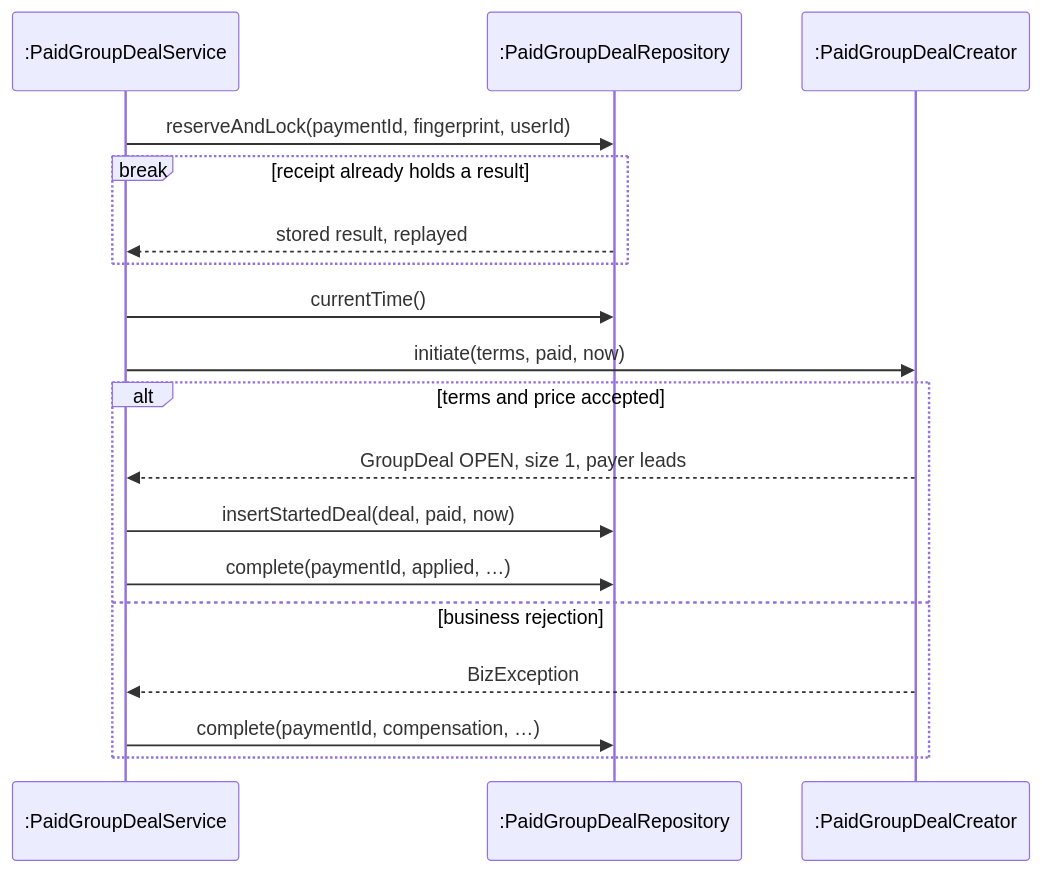
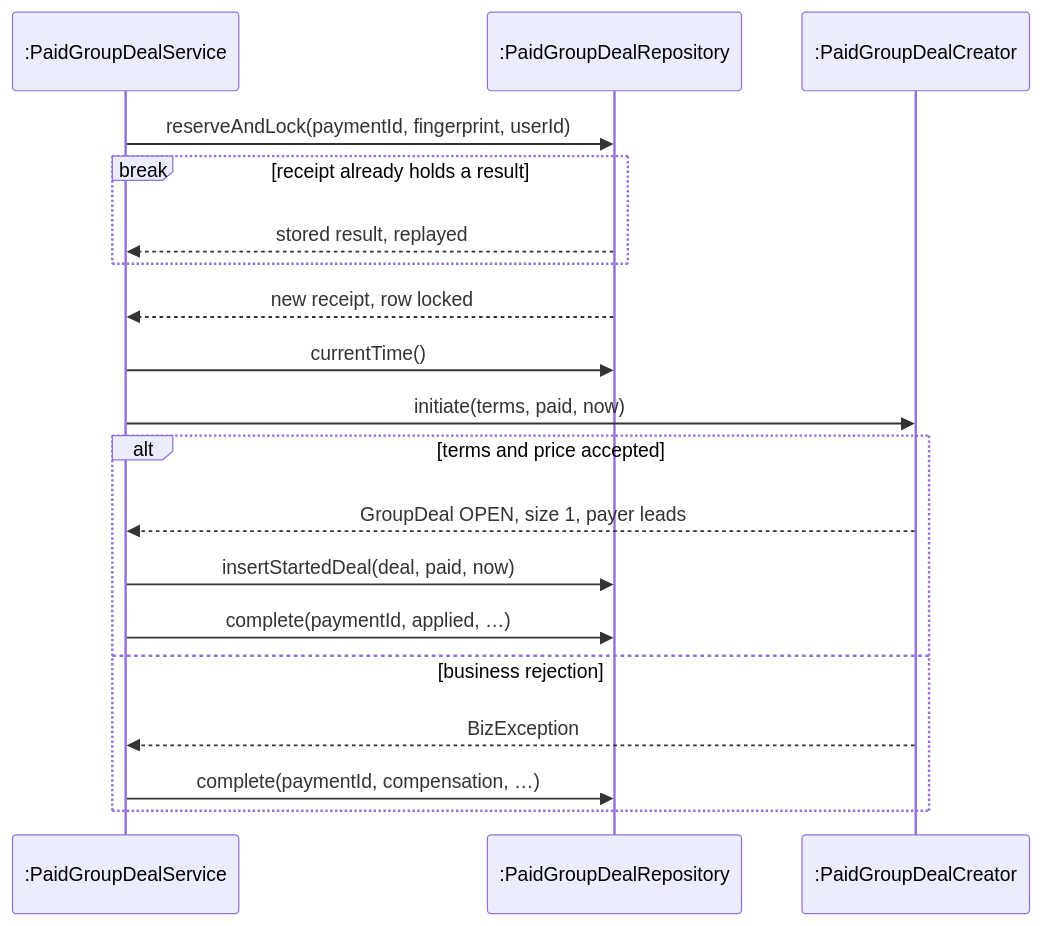
One commit to PPsyrius/iss-groupbuy-team8 changed the tenth of 13 diagrams in docs/swe5006/report/sections/03-4-1-eric.md. Above: the diagram before and after it, drawn with Mermaid.

Commit message:
docs(report): Figure 3.45 draws the repository's reply with the new receipt after the replay break at 3.4.1 D (#463) [owner: Eric]
The figure showed only the replayed result inside the break. After the
break the renderer reopened the repository's bar for reserveAndLock and
closed it at once, so an empty box sat before currentTime(). The figure
now adds the reply that the non-replay path receives: a new receipt,
with the row locked.

reserveAndLock returns a ParticipationReceipt on both paths
(backend/blocbuy-domain/src/main/java/com/blocbuy/groupbuy/repository/PaidGroupDealRepository.java:23@6d14e449);
startConfirmed goes on when that receipt holds no result
(backend/blocbuy-application/src/main/java/com/blocbuy/groupbuy/service/PaidGroupDealService.java:56@6d14e449).

Owner: Eric

Evidence-skipped: report figure; the sprint log entry of this PR covers it
Claude-Session: https://claude.ai/code/session_01JW6rqhVURQAqLAddc56V99

````diff
--- a/docs/swe5006/report/sections/03-4-1-eric.md
+++ b/docs/swe5006/report/sections/03-4-1-eric.md
@@ -524,21 +524,22 @@
 ```mermaid
 sequenceDiagram
     participant Service as :PaidGroupDealService
     participant Repo as :PaidGroupDealRepository
     participant Creator as :PaidGroupDealCreator
 
     Service->>Repo: reserveAndLock(paymentId, fingerprint, userId)
     break receipt already holds a result
         Repo-->>Service: stored result, replayed
     end
+    Repo-->>Service: new receipt, row locked
     Service->>Repo: currentTime()
     Service->>Creator: initiate(terms, paid, now)
     alt terms and price accepted
         Creator-->>Service: GroupDeal OPEN, size 1, payer leads
         Service->>Repo: insertStartedDeal(deal, paid, now)
         Service->>Repo: complete(paymentId, applied, …)
     else business rejection
         Creator-->>Service: BizException
         Service->>Repo: complete(paymentId, compensation, …)
     end
 ```
````
